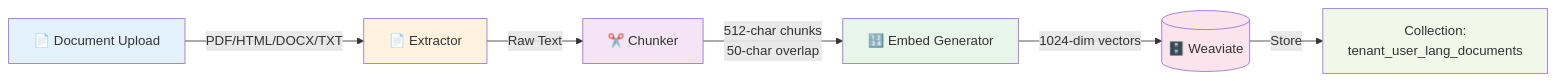
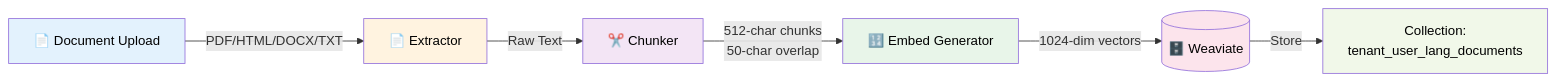
Before and after one commit to devlinux-tips/rag: the second of 4 diagrams in docs/RAG_SYSTEM_FLOW.md, drawn with Mermaid. The commit also changed other lines of this file, not shown here.

Commit message:
Fixes for rag system flow md.

````diff
--- a/docs/RAG_SYSTEM_FLOW.md
+++ b/docs/RAG_SYSTEM_FLOW.md
@@ -384,16 +395,16 @@
 ```mermaid
 graph LR
     A[📄 Document Upload] -->|PDF/HTML/DOCX/TXT| B[📄 Extractor]
     B -->|Raw Text| C[✂️ Chunker]
     C -->|512-char chunks<br/>50-char overlap| D[🔢 Embed Generator]
     D -->|1024-dim vectors| E[(🗄️ Weaviate)]
 
     E -->|Store| F[Collection:<br/>tenant_user_lang_documents]
 
-    style A fill:#e3f2fd
-    style B fill:#fff3e0
-    style C fill:#f3e5f5
-    style D fill:#e8f5e9
-    style E fill:#fce4ec
-    style F fill:#f1f8e9
+    style A fill:#e3f2fd,color:#000
+    style B fill:#fff3e0,color:#000
+    style C fill:#f3e5f5,color:#000
+    style D fill:#e8f5e9,color:#000
+    style E fill:#fce4ec,color:#000
+    style F fill:#f1f8e9,color:#000
 ```
````
